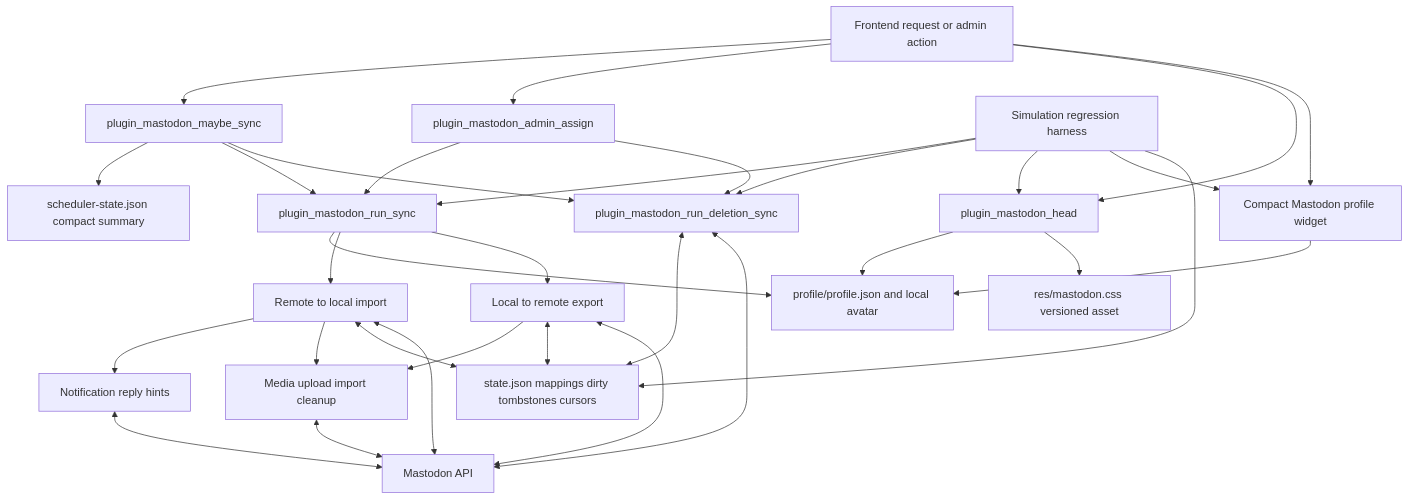
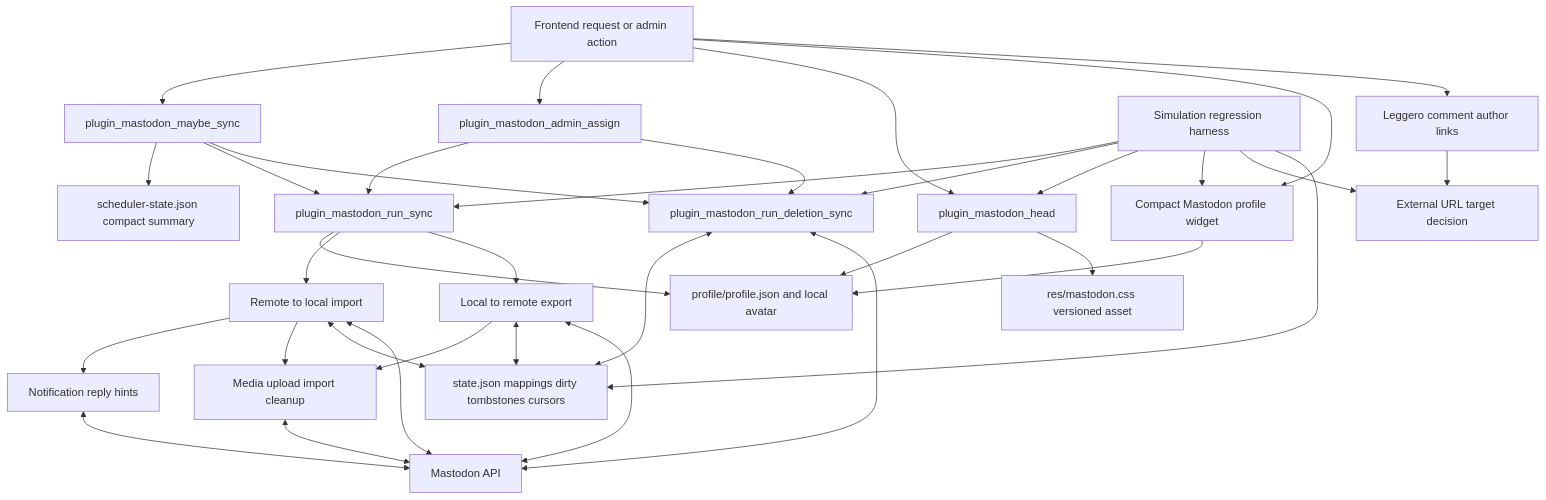
Before and after one commit to flatpressblog/flatpress: the first of 9 diagrams in fp-plugins/mastodon/developer-docs/01-Process-Map.md, drawn with Mermaid. The commit also changed other lines of this file and 14 other files, not shown here.

First line of the commit message:
New Smarty modifier is_external_url for Mastodon plugin

````diff
--- a/fp-plugins/mastodon/developer-docs/01-Process-Map.md
+++ b/fp-plugins/mastodon/developer-docs/01-Process-Map.md
@@ -5,52 +5,57 @@
 ```mermaid
 flowchart TD
     Request[Frontend request or admin action]
     MaybeSync[plugin_mastodon_maybe_sync]
     Admin[plugin_mastodon_admin_assign]
     Head[plugin_mastodon_head]
     Widget[Compact Mastodon profile widget]
     ProfileCache[profile/profile.json and local avatar]
     Css[res/mastodon.css versioned asset]
+    CommentTemplate[Leggero comment author links]
+    CommentAuthorLinks[External URL target decision]
     RunSync[plugin_mastodon_run_sync]
     RunDelete[plugin_mastodon_run_deletion_sync]
     RemoteLocal[Remote to local import]
     Notifications[Notification reply hints]
     LocalRemote[Local to remote export]
     Media[Media upload import cleanup]
     State[state.json mappings dirty tombstones cursors]
     Scheduler[scheduler-state.json compact summary]
     API[Mastodon API]
     Tests[Simulation regression harness]
 
     Request --> MaybeSync
     Request --> Admin
     Request --> Head
     Request --> Widget
+    Request --> CommentTemplate
     Head --> ProfileCache
     Head --> Css
     Widget --> ProfileCache
+    CommentTemplate --> CommentAuthorLinks
     MaybeSync --> Scheduler
     MaybeSync --> RunSync
     MaybeSync --> RunDelete
     Admin --> RunSync
     Admin --> RunDelete
     RunSync --> ProfileCache
     RunSync --> RemoteLocal
     RemoteLocal --> Notifications
     RunSync --> LocalRemote
     RemoteLocal --> Media
     LocalRemote --> Media
     RemoteLocal <--> State
     LocalRemote <--> State
     RunDelete <--> State
     Media <--> API
     RemoteLocal <--> API
     Notifications <--> API
     LocalRemote <--> API
     RunDelete <--> API
     Tests --> RunSync
     Tests --> RunDelete
     Tests --> Head
     Tests --> Widget
+    Tests --> CommentAuthorLinks
     Tests --> State
 ```
````
